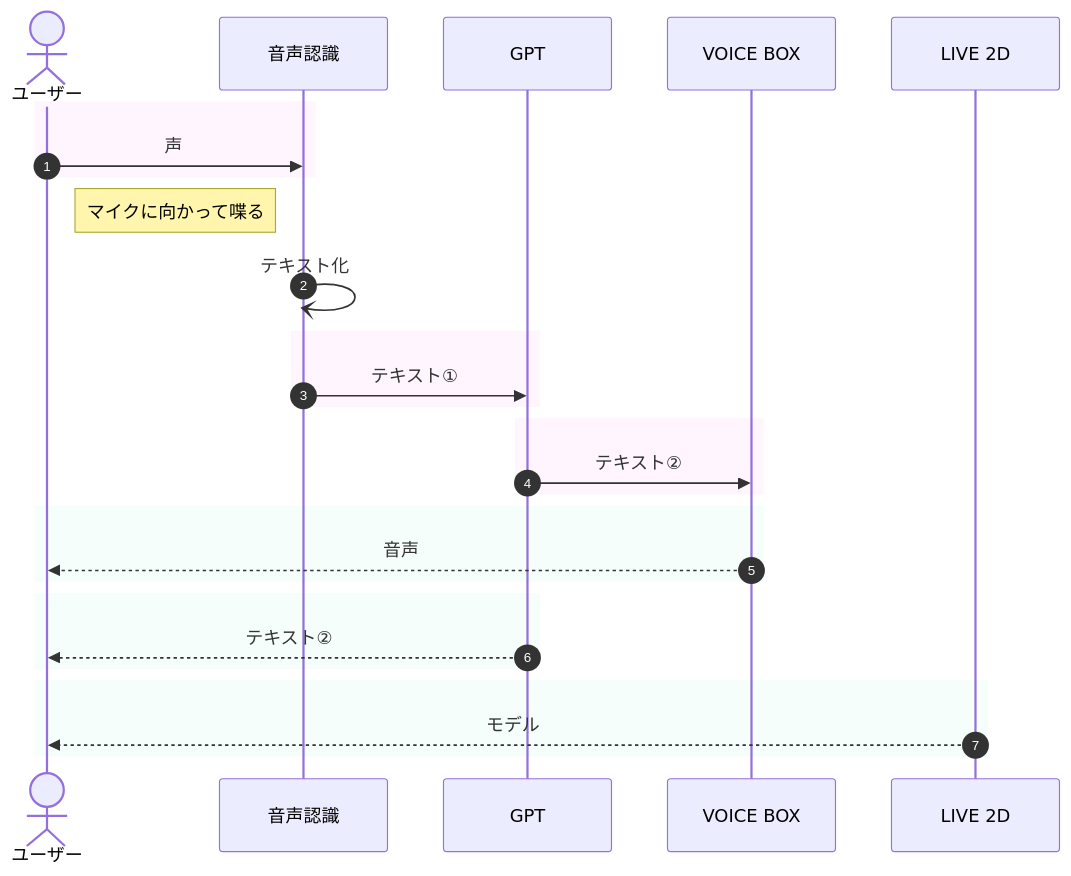
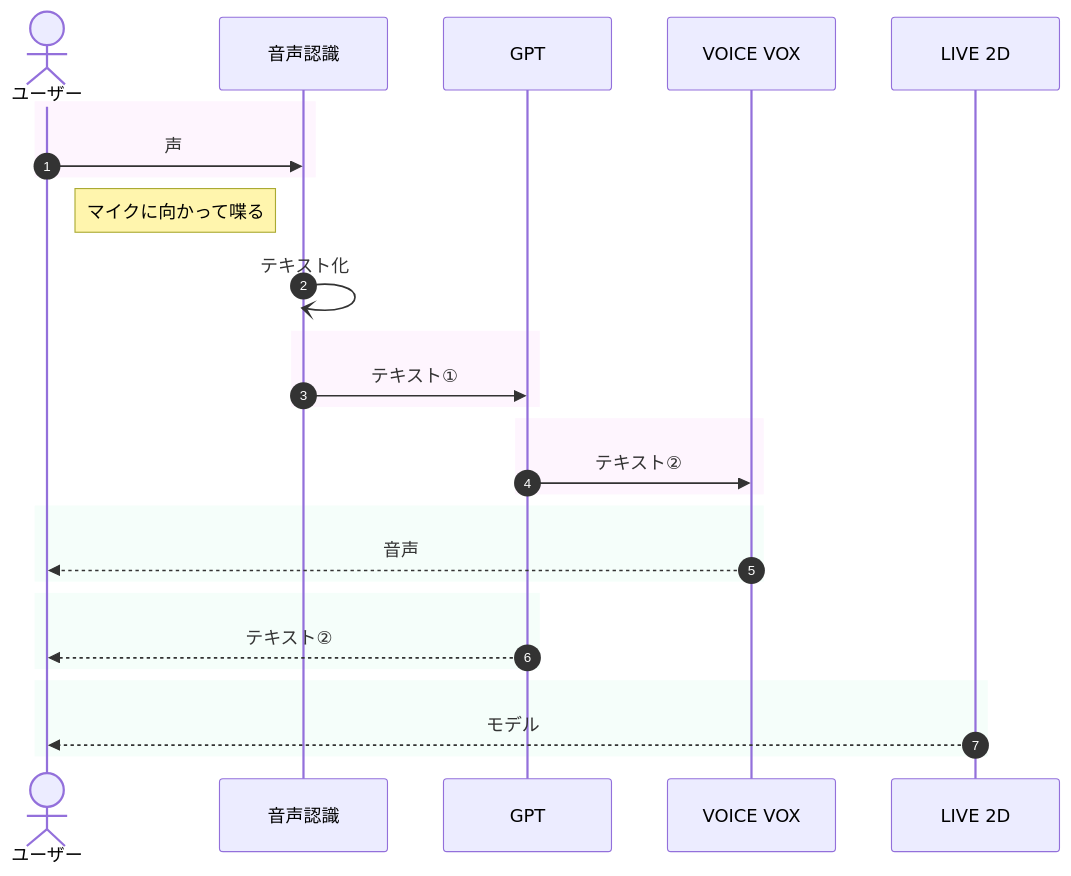
One commit to samurai-7xy/ailover changed the diagram in README.md. Above: the diagram before and after it, drawn with Mermaid.

````diff
--- a/README.md
+++ b/README.md
@@ -9,35 +9,35 @@
 ```mermaid
 sequenceDiagram
     autonumber
     actor a as ユーザー
     participant voice as 音声認識
     participant output as GPT
-    participant audio as VOICE BOX
+    participant audio as VOICE VOX
     participant live as LIVE 2D
 
     rect rgba(253, 231, 253, 0.4)
     a ->> voice: 声
     end
     Note left of voice:マイクに向かって喋る
     voice -) voice: テキスト化
     rect rgba(253, 231, 253, 0.4)
     voice ->> output: テキスト①
     end
     rect rgba(253, 231, 253, 0.4)
     output ->> audio: テキスト②
     end
     rect rgba(231, 253, 242, 0.4)
     audio -->> a: 音声
     end
     rect rgba(231, 253, 242, 0.4)
     output -->> a: テキスト②
     end
     rect rgba(231, 253, 242, 0.4)
     live -->> a: モデル
     end
 
-    ##253, 231, 253, 0.4 ピンク
-    ##231, 253, 242, 0.4 緑
+    ##253, 231, 253, 0.4 ピンク系
+    ##231, 253, 242, 0.4 緑系
     
 
 ```
````
